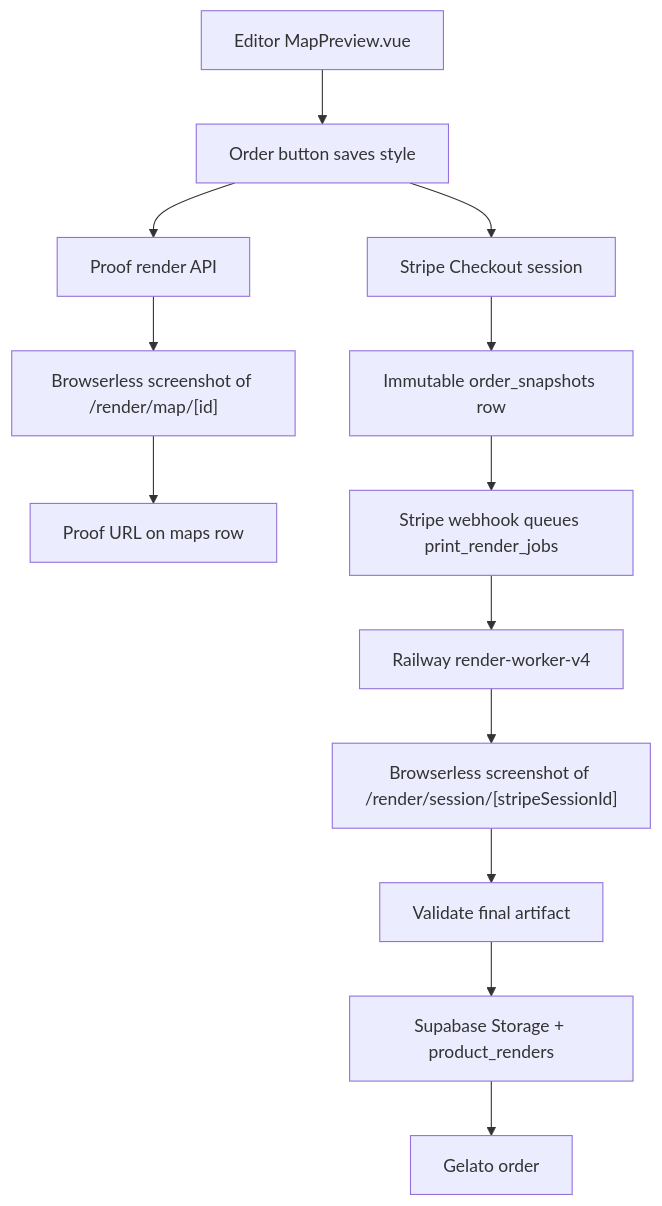
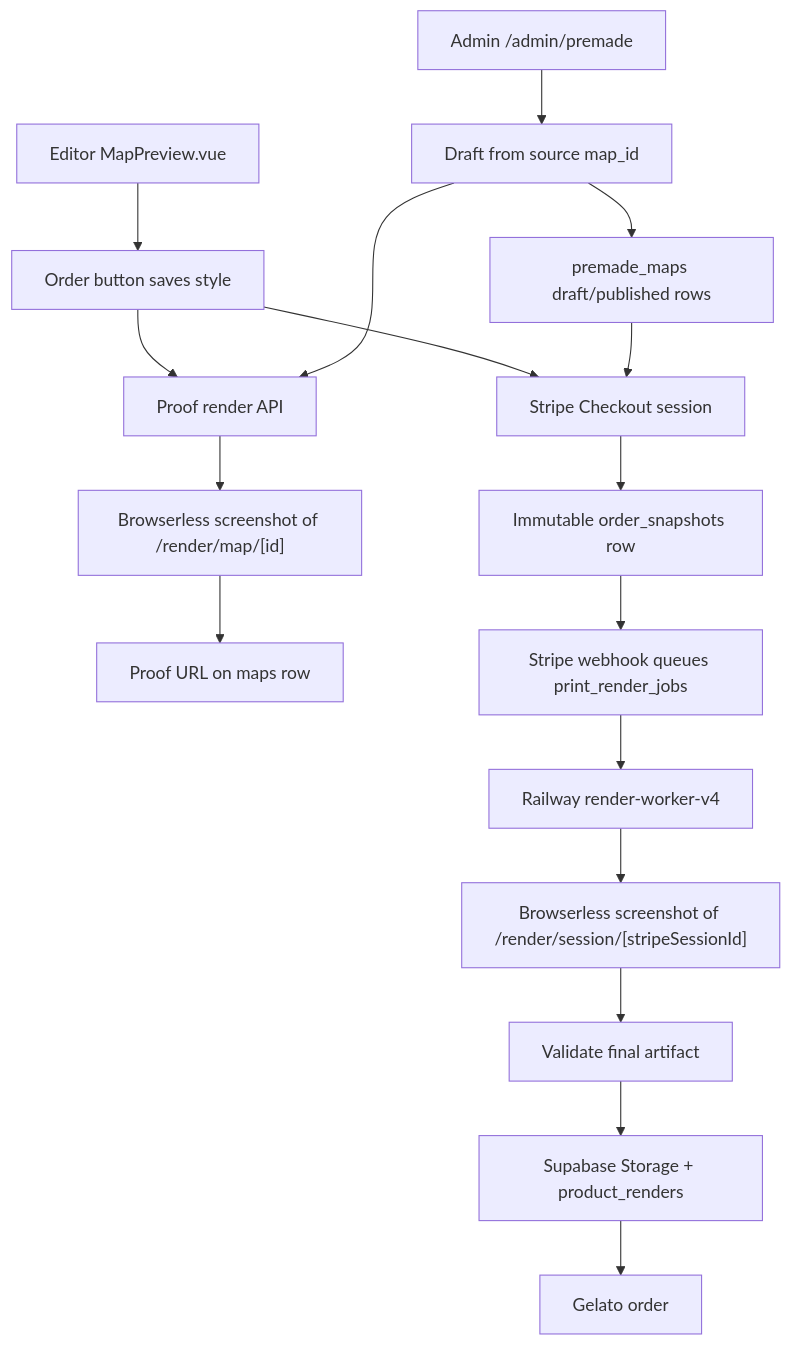
Before and after one commit to anthonynmaro/radmaps: the diagram in docs/ARCHITECTURE_SECURITY_REVIEW.md, drawn with Mermaid. The commit also changed other lines of this file and 55 other files, not shown here.

Commit message:
Add admin premade catalog management

````diff
--- a/docs/ARCHITECTURE_SECURITY_REVIEW.md
+++ b/docs/ARCHITECTURE_SECURITY_REVIEW.md
@@ -31,15 +42,19 @@
 ```mermaid
 flowchart TD
   A["Editor MapPreview.vue"] --> B["Order button saves style"]
   B --> C["Proof render API"]
   C --> D["Browserless screenshot of /render/map/[id]"]
   D --> E["Proof URL on maps row"]
   B --> F["Stripe Checkout session"]
+  N["Admin /admin/premade"] --> O["Draft from source map_id"]
+  O --> C
+  O --> P["premade_maps draft/published rows"]
+  P --> F
   F --> G["Immutable order_snapshots row"]
   G --> H["Stripe webhook queues print_render_jobs"]
   H --> I["Railway render-worker-v4"]
   I --> J["Browserless screenshot of /render/session/[stripeSessionId]"]
   J --> K["Validate final artifact"]
   K --> L["Supabase Storage + product_renders"]
   L --> M["Gelato order"]
 ```
````
